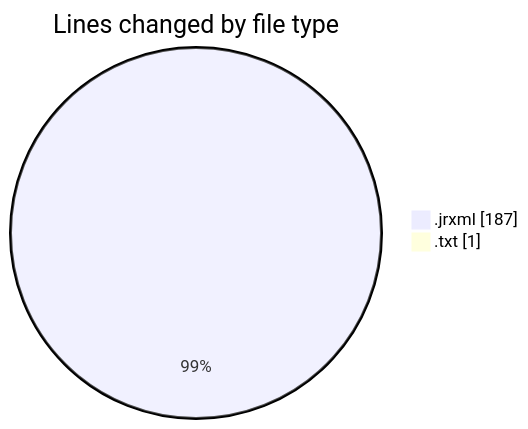
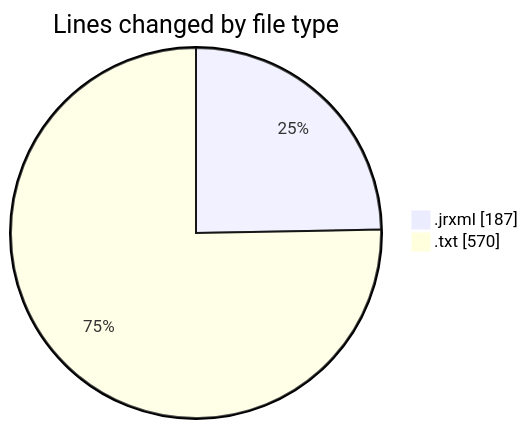
One commit to ricardozamudiocil/code-tracking changed the first of 2 diagrams in 2026-11-12/cilreports__workspace_/README.md. Above: the diagram before and after it, drawn with Mermaid. The commit also changed other lines of this file and 1 other file, not shown here.

````diff
--- a/2026-11-12/cilreports__workspace_/README.md
+++ b/2026-11-12/cilreports__workspace_/README.md
@@ -21,6 +21,6 @@
 ```mermaid
 pie showData
 title Lines changed by file type
 ".jrxml" : 187
-".txt" : 1
+".txt" : 570
 ```
````
